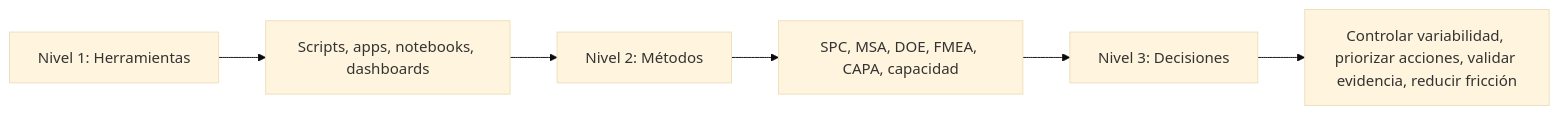
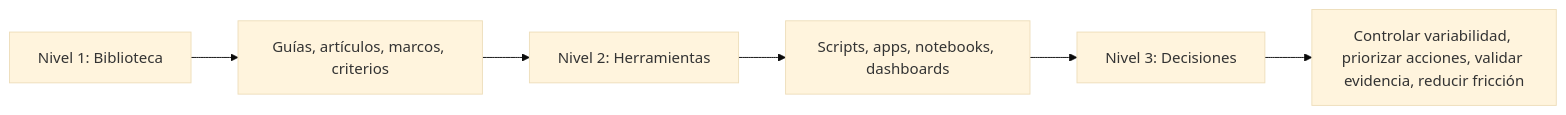
The fourth of 4 diagrams in README.md (fjgonzalezmgt/fjgonzalezmgt), drawn with Mermaid (base theme) before and after one commit. The commit also changed other lines of this file, not shown here.

````diff
--- a/README.md
+++ b/README.md
@@ -115,8 +158,8 @@
 ```mermaid
 flowchart LR
-    A[Nivel 1: Herramientas] --> B[Scripts, apps, notebooks, dashboards]
-    B --> C[Nivel 2: Métodos]
-    C --> D[SPC, MSA, DOE, FMEA, CAPA, capacidad]
+    A[Nivel 1: Biblioteca] --> B[Guías, artículos, marcos, criterios]
+    B --> C[Nivel 2: Herramientas]
+    C --> D[Scripts, apps, notebooks, dashboards]
     D --> E[Nivel 3: Decisiones]
     E --> F[Controlar variabilidad, priorizar acciones, validar evidencia, reducir fricción]
 ```
````
